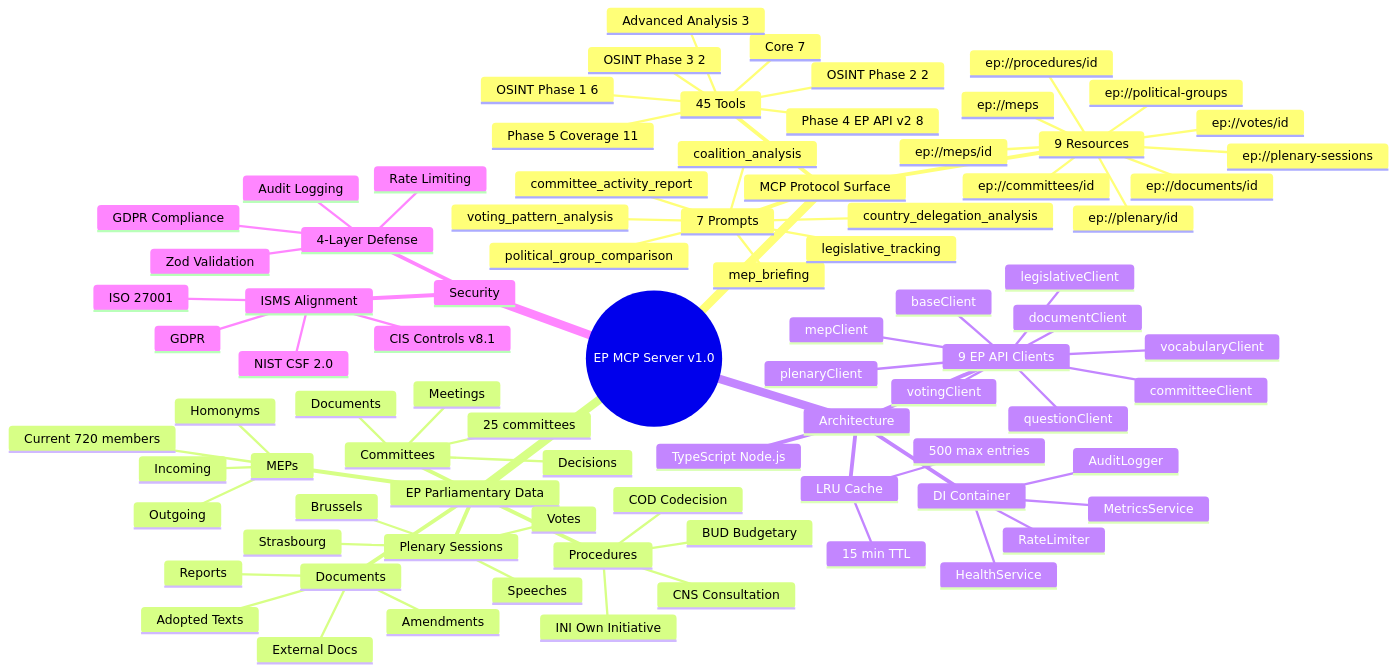
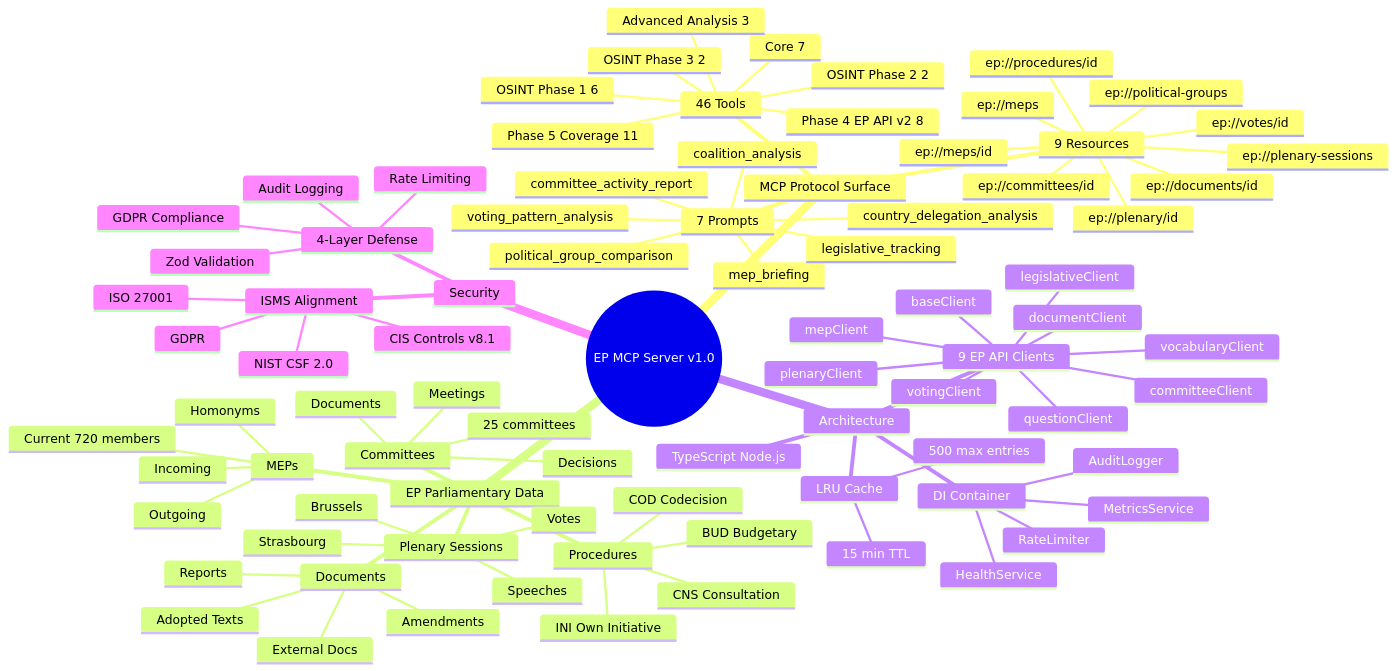
One commit to Hack23/European-Parliament-MCP-Server changed the first of 5 diagrams in MINDMAP.md. Above: the diagram before and after it, drawn with Mermaid. The commit also changed other lines of this file and 36 other files, not shown here.

```diff
--- a/MINDMAP.md
+++ b/MINDMAP.md
@@ -54,7 +54,7 @@
 mindmap
   root((EP MCP Server v1.0))
     MCP Protocol Surface
-      45 Tools
+      46 Tools
         Core 7
         Advanced Analysis 3
         OSINT Phase 1 6
```
